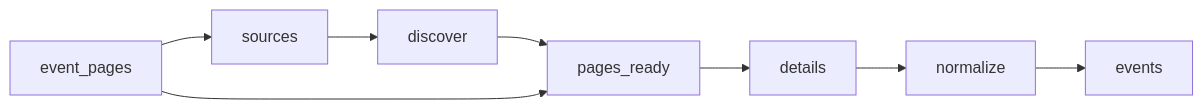
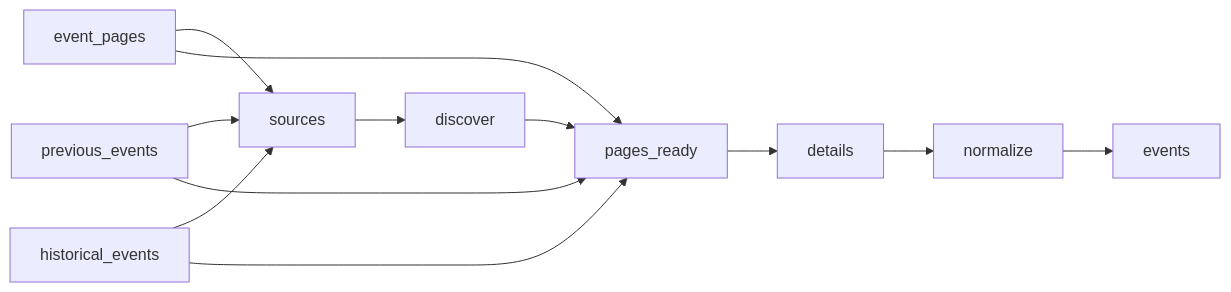
The diagram in datasets/law-firm-events-4c408bd04e11/README.md (jsonifyco/public-datasets), drawn with Mermaid before and after one commit. The commit also changed other lines of this file and 3 other files, not shown here.

````diff
--- a/datasets/law-firm-events-4c408bd04e11/README.md
+++ b/datasets/law-firm-events-4c408bd04e11/README.md
@@ -59,17 +62,23 @@
 ```mermaid
 flowchart LR
   n0["event#95;pages"]
-  n1["sources"]
-  n2["discover"]
-  n3["pages#95;ready"]
-  n4["details"]
-  n5["normalize"]
-  n6["events"]
-  n1 --> n2
-  n2 --> n3
+  n1["previous#95;events"]
+  n2["historical#95;events"]
+  n3["sources"]
+  n4["discover"]
+  n5["pages#95;ready"]
+  n6["details"]
+  n7["normalize"]
+  n8["events"]
   n3 --> n4
   n4 --> n5
   n5 --> n6
-  n0 --> n1
+  n6 --> n7
+  n7 --> n8
   n0 --> n3
+  n1 --> n3
+  n2 --> n3
+  n0 --> n5
+  n2 --> n5
+  n1 --> n5
 ```
````
